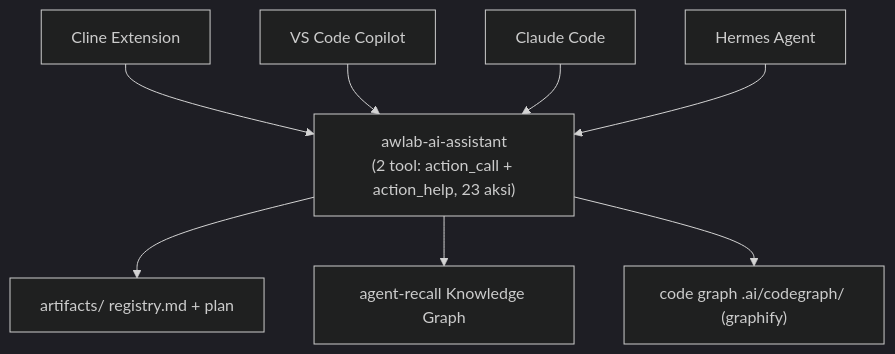
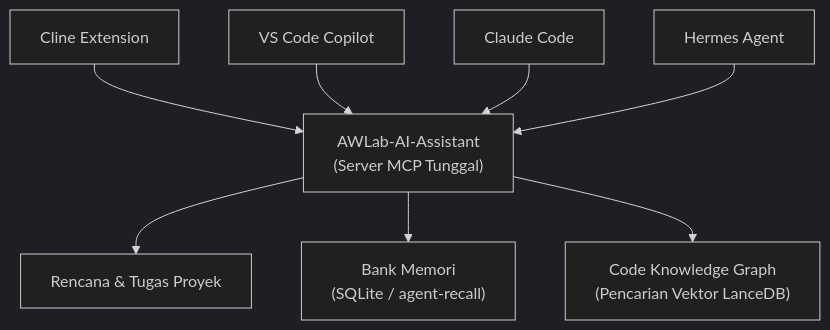
The first of 2 diagrams in README_ID.md (awsomplak/awlab-ai-assistant), drawn with Mermaid (dark theme) before and after one commit. The commit also changed other lines of this file and 27 other files, not shown here.

Commit message:
[ref] Core: Apply awlab-ai-assistant rebranding across documentation and configuration

````diff
--- a/README_ID.md
+++ b/README_ID.md
@@ -57,19 +62,19 @@
 ```mermaid
 graph TB
   CL["Cline Extension"]
   CP["VS Code Copilot"]
   CC["Claude Code"]
   HR["Hermes Agent"]
-  AM["awlab-ai-assistant<br/>(2 tool: action_call + action_help, 23 aksi)"]
-  ART["artifacts/ registry.md + plan"]
-  AG["agent-recall Knowledge Graph"]
-  CG["code graph .ai/codegraph/ (graphify)"]
+  AM["AWLab-AI-Assistant<br/>(Server MCP Tunggal)"]
+  ART["Rencana & Tugas Proyek"]
+  AG["Bank Memori<br/>(SQLite / agent-recall)"]
+  CG["Code Knowledge Graph<br/>(Pencarian Vektor LanceDB)"]
 
   CL --> AM
   CP --> AM
   CC --> AM
   HR --> AM
   AM --> ART
   AM --> AG
   AM --> CG
 ```
````
